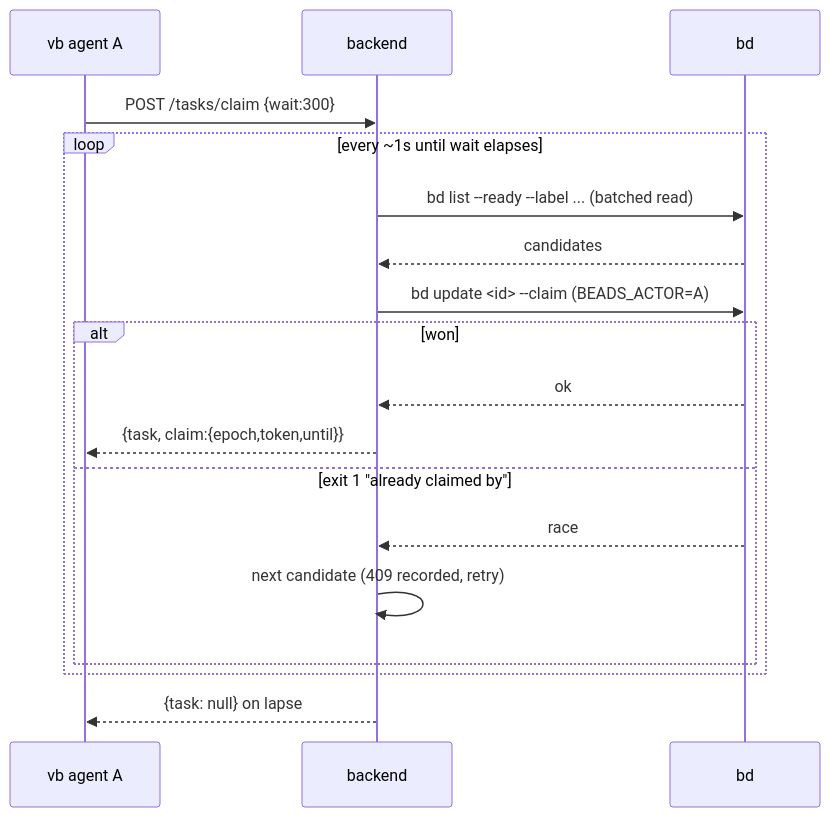
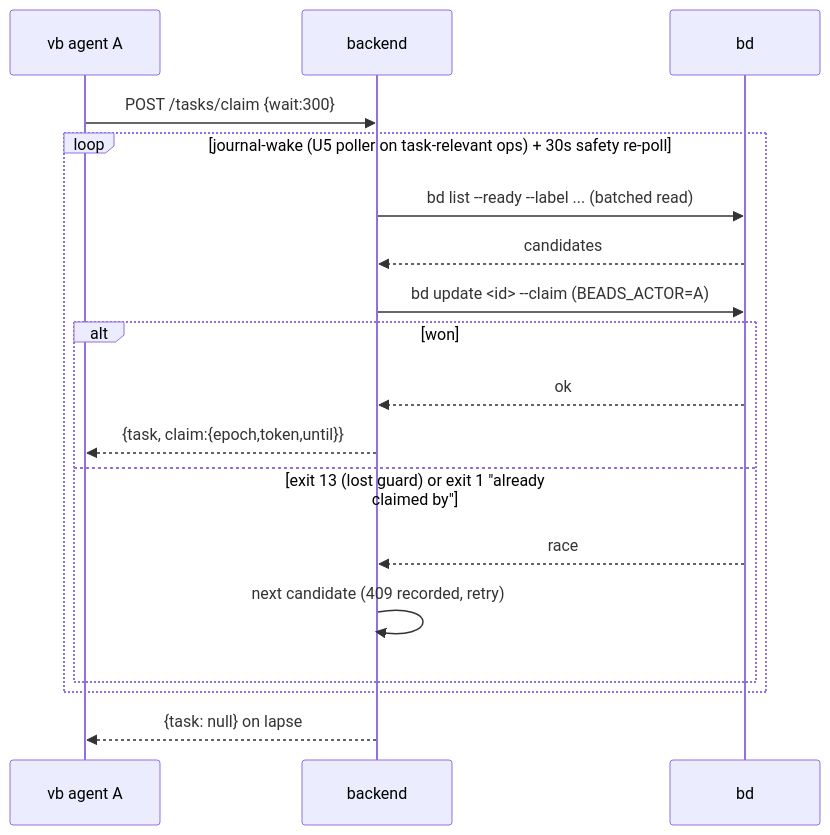
Before and after one commit to andrew-bierman/board-beads: the third of 3 diagrams in docs/plans/2026-11-19-1356-feat-board-beads-backend-plan.md, drawn with Mermaid. The commit also changed other lines of this file, not shown here.

````diff
--- a/docs/plans/2026-11-19-1356-feat-board-beads-backend-plan.md
+++ b/docs/plans/2026-11-19-1356-feat-board-beads-backend-plan.md
@@ -178,20 +180,20 @@
 ```mermaid
 sequenceDiagram
   participant A as vb agent A
   participant B as backend
   participant BD as bd
   A->>B: POST /tasks/claim {wait:300}
-  loop every ~1s until wait elapses
+  loop journal-wake (U5 poller on task-relevant ops) + 30s safety re-poll
     B->>BD: bd list --ready --label ... (batched read)
     BD-->>B: candidates
     B->>BD: bd update <id> --claim (BEADS_ACTOR=A)
     alt won
       BD-->>B: ok
       B-->>A: {task, claim:{epoch,token,until}}
-    else exit 1 "already claimed by"
+    else exit 13 (lost guard) or exit 1 "already claimed by"
       BD-->>B: race
       B->>B: next candidate (409 recorded, retry)
     end
   end
   B-->>A: {task: null} on lapse
 ```
````
